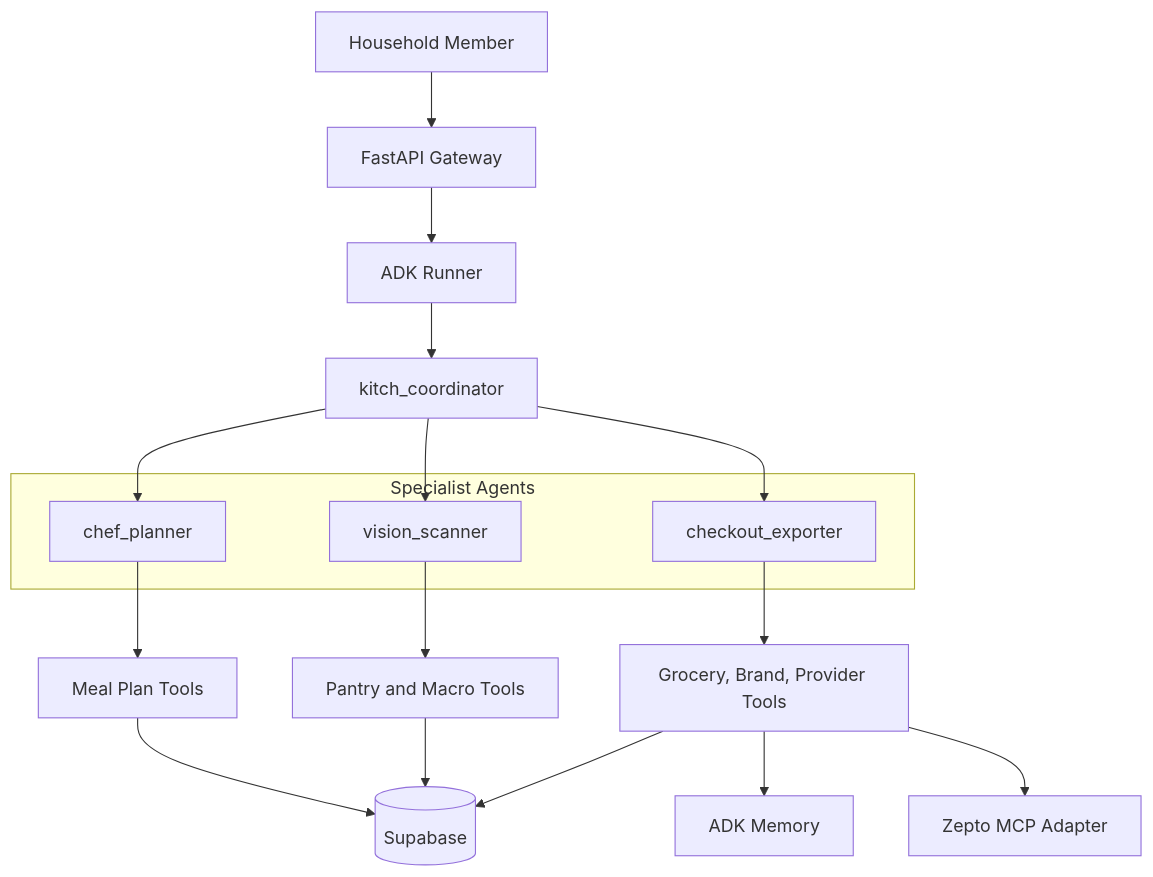
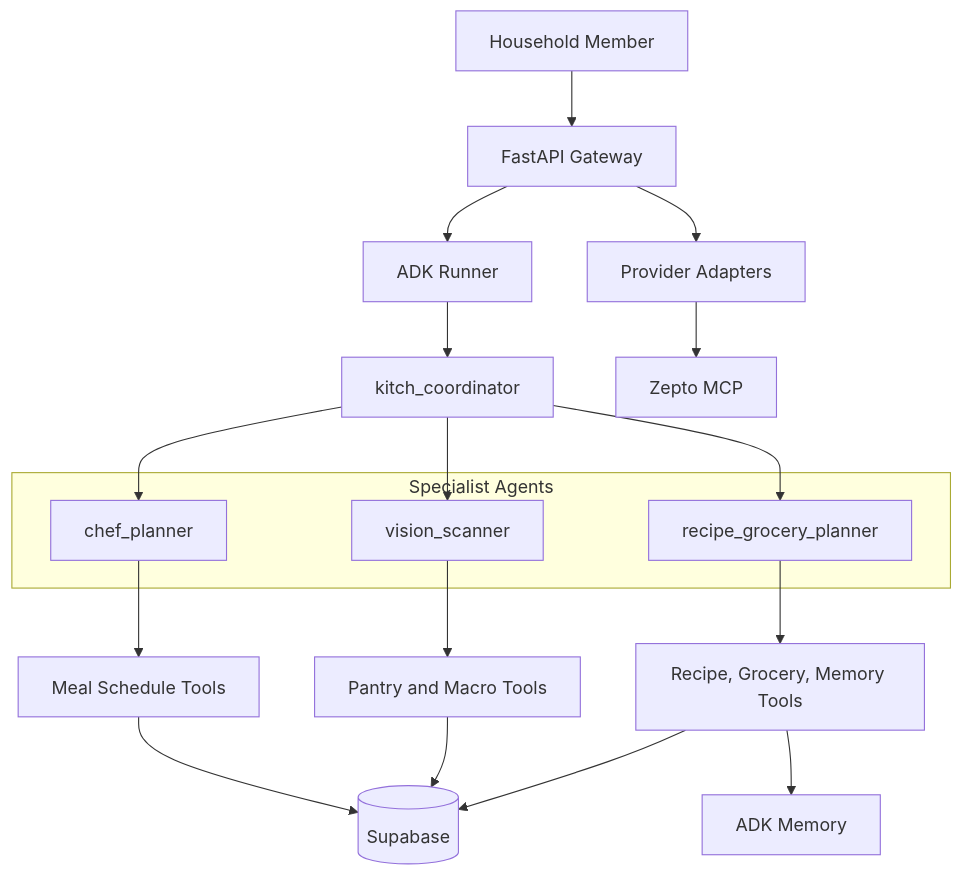
Before and after one commit to architworks/meal_and_grocery_agent: the diagram in docs/current_agent_topology.md, drawn with Mermaid. The commit also changed other lines of this file and 10 other files, not shown here.

First line of the commit message:
Refactor recipe and grocery planning backend

````diff
--- a/docs/current_agent_topology.md
+++ b/docs/current_agent_topology.md
@@ -17,26 +17,28 @@
 ```mermaid
 flowchart TD
     User[Household Member] --> API[FastAPI Gateway]
     API --> Runner[ADK Runner]
     Runner --> Coordinator[kitch_coordinator]
 
     subgraph Agents[Specialist Agents]
         Chef[chef_planner]
         Vision[vision_scanner]
-        Checkout[checkout_exporter]
+        RecipeGrocery[recipe_grocery_planner]
     end
 
     Coordinator --> Chef
     Coordinator --> Vision
-    Coordinator --> Checkout
+    Coordinator --> RecipeGrocery
 
-    Chef --> MealTools[Meal Plan Tools]
+    Chef --> MealTools[Meal Schedule Tools]
     Vision --> IntakeTools[Pantry and Macro Tools]
-    Checkout --> GroceryTools[Grocery, Brand, Provider Tools]
+    RecipeGrocery --> RecipeTools[Recipe, Grocery, Memory Tools]
 
     MealTools --> Supabase[(Supabase)]
     IntakeTools --> Supabase
-    GroceryTools --> Supabase
-    GroceryTools --> Memory[ADK Memory]
-    GroceryTools --> Zepto[Zepto MCP Adapter]
+    RecipeTools --> Supabase
+    RecipeTools --> Memory[ADK Memory]
+
+    API --> ProviderAdapters[Provider Adapters]
+    ProviderAdapters --> Zepto[Zepto MCP]
 ```
````
